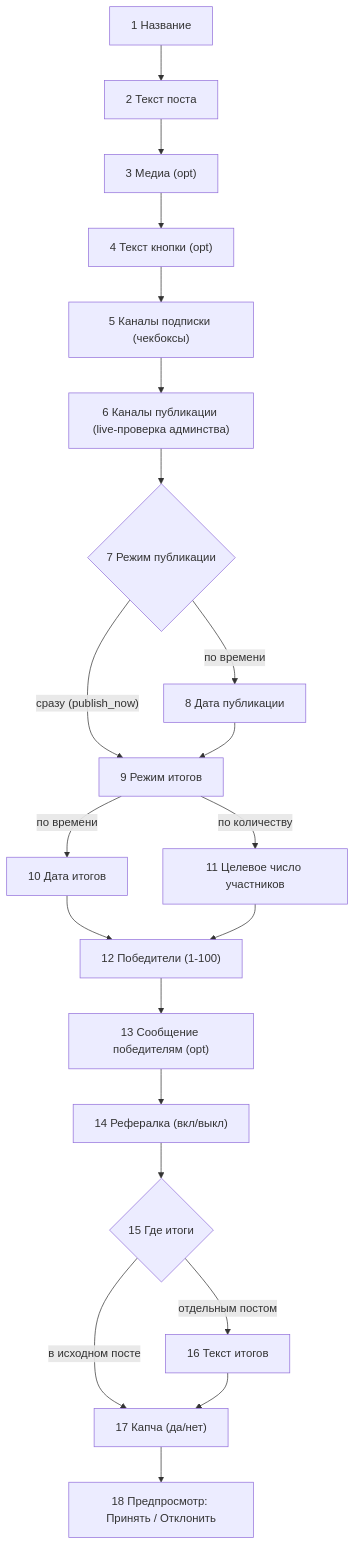
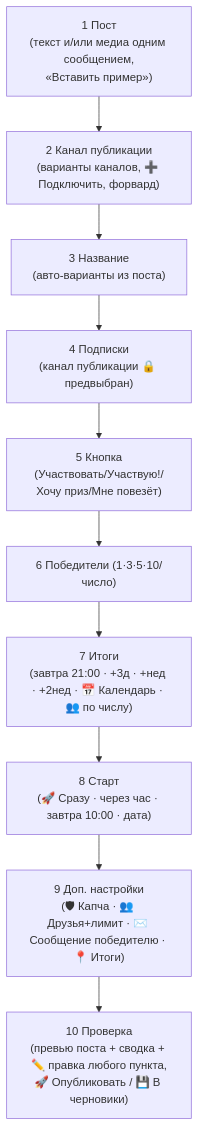
Before and after one commit to Mezhbert/max-randobot: the first of 4 diagrams in bot-architecture/flows.md, drawn with Mermaid. The commit also changed other lines of this file and 20 other files, not shown here.

````diff
--- a/bot-architecture/flows.md
+++ b/bot-architecture/flows.md
@@ -8,15 +12,11 @@
 ```mermaid
 flowchart TB
-    A["1 Название"] --> B["2 Текст поста"] --> C["3 Медиа (opt)"] --> D["4 Текст кнопки (opt)"]
-    D --> E["5 Каналы подписки (чекбоксы)"] --> F["6 Каналы публикации (live-проверка админства)"]
-    F --> G{"7 Режим публикации"}
-    G -- "сразу (publish_now)" --> I["9 Режим итогов"]
-    G -- "по времени" --> H["8 Дата публикации"] --> I
-    I -- "по времени" --> J["10 Дата итогов"]
-    I -- "по количеству" --> K["11 Целевое число участников"]
-    J & K --> L["12 Победители (1-100)"] --> M["13 Сообщение победителям (opt)"]
-    M --> N["14 Рефералка (вкл/выкл)"] --> O{"15 Где итоги"}
-    O -- "в исходном посте" --> Q["17 Капча (да/нет)"]
-    O -- "отдельным постом" --> P["16 Текст итогов"] --> Q
-    Q --> R["18 Предпросмотр: Принять / Отклонить"]
+    A["1 Пост<br/>(текст и/или медиа одним сообщением,<br/>«Вставить пример»)"] --> B["2 Канал публикации<br/>(варианты каналов, ➕ Подключить, форвард)"]
+    B --> C["3 Название<br/>(авто-варианты из поста)"] --> D["4 Подписки<br/>(канал публикации 🔒 предвыбран)"]
+    D --> E["5 Кнопка<br/>(Участвовать/Участвую!/Хочу приз/Мне повезёт)"]
+    E --> F["6 Победители (1·3·5·10/число)"]
+    F --> G["7 Итоги<br/>(завтра 21:00 · +3д · +нед · +2нед · 📅 Календарь · 👥 по числу)"]
+    G --> H["8 Старт<br/>(🚀 Сразу · через час · завтра 10:00 · дата)"]
+    H --> I["9 Доп. настройки<br/>(🛡 Капча · 👥 Друзья+лимит · ✉️ Сообщение победителю · 📍 Итоги)"]
+    I --> J["10 Проверка<br/>(превью поста + сводка + ✏️ правка любого пункта,<br/>🚀 Опубликовать / 💾 В черновики)"]
 ```
````
